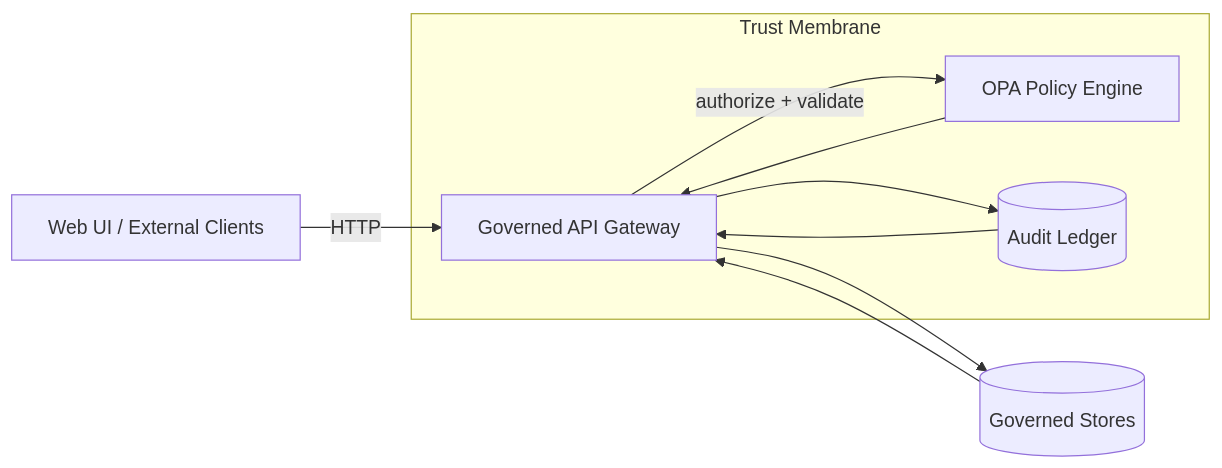
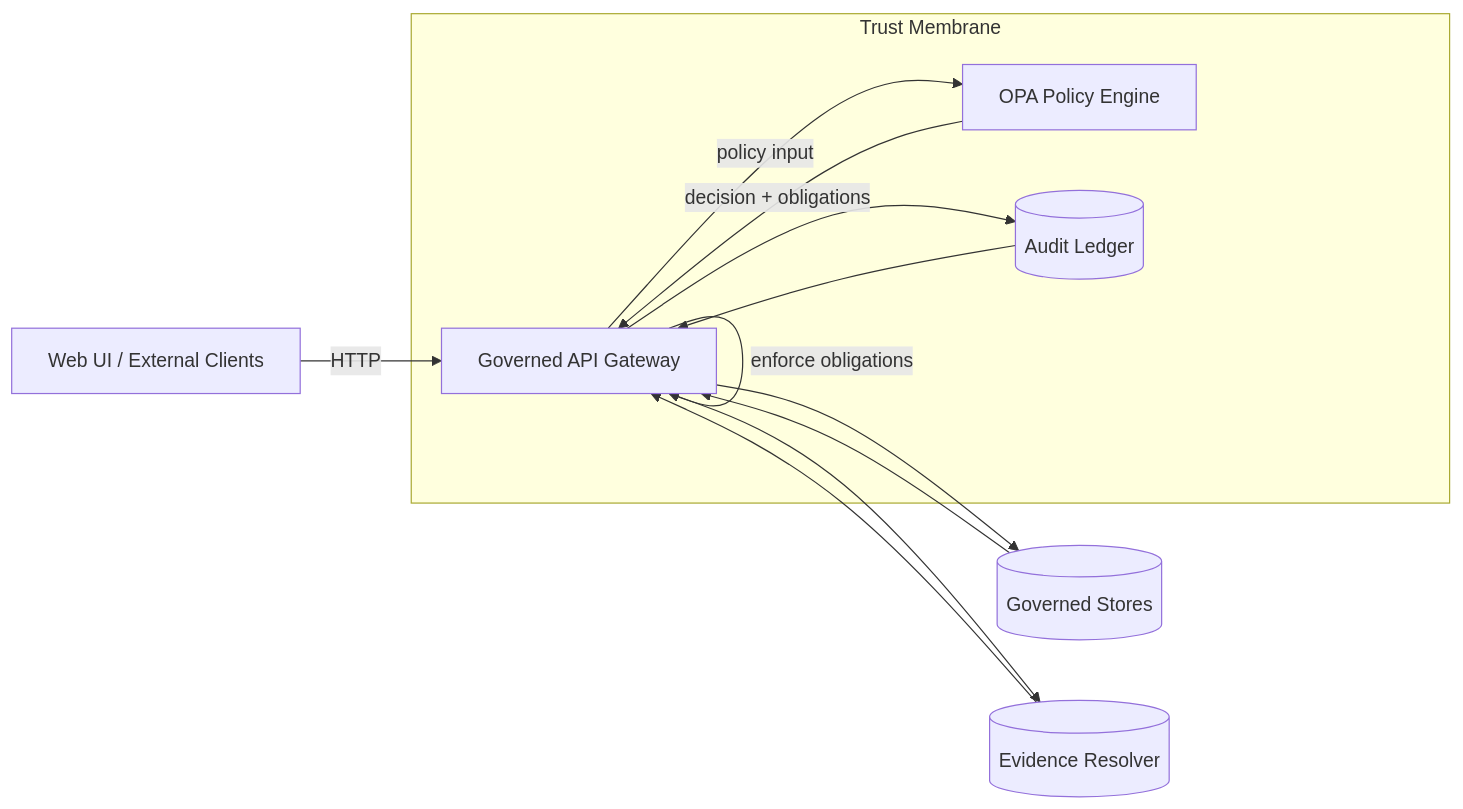
Before and after one commit to bartytime4life/Kansas-Frontier-Matrix: the diagram in policy/README.md, drawn with Mermaid. The commit also changed other lines of this file, not shown here.

First line of the commit message:
Revise KFM Policy Library README for clarity

````diff
--- a/policy/README.md
+++ b/policy/README.md
@@ -97,16 +92,20 @@
 ```mermaid
 flowchart LR
   UI[Web UI / External Clients] -->|HTTP| API[Governed API Gateway]
-  API -->|authorize + validate| OPA[OPA Policy Engine]
+  API -->|policy input| OPA[OPA Policy Engine]
+  API -->|enforce obligations| API
   API --> Stores[(Governed Stores)]
+  API --> Evidence[(Evidence Resolver)]
   API --> Audit[(Audit Ledger)]
+
   Stores --> API
-  OPA --> API
+  Evidence --> API
+  OPA -->|decision + obligations| API
   Audit --> API
 
   subgraph TrustMembrane[Trust Membrane]
     API
     OPA
     Audit
   end
 ```
````
